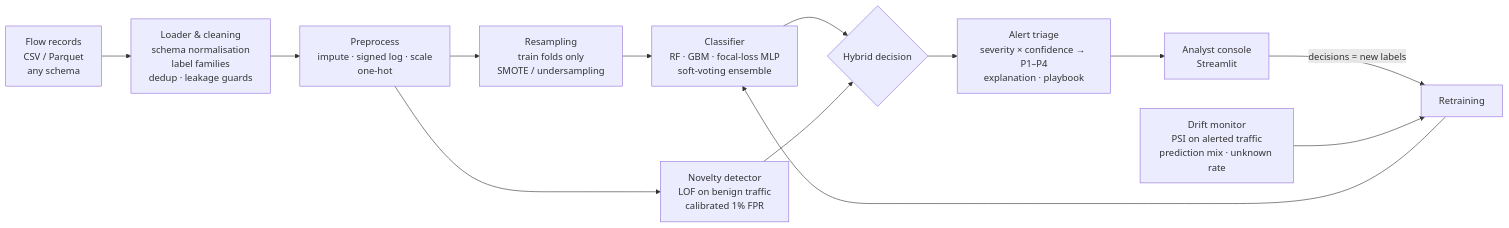
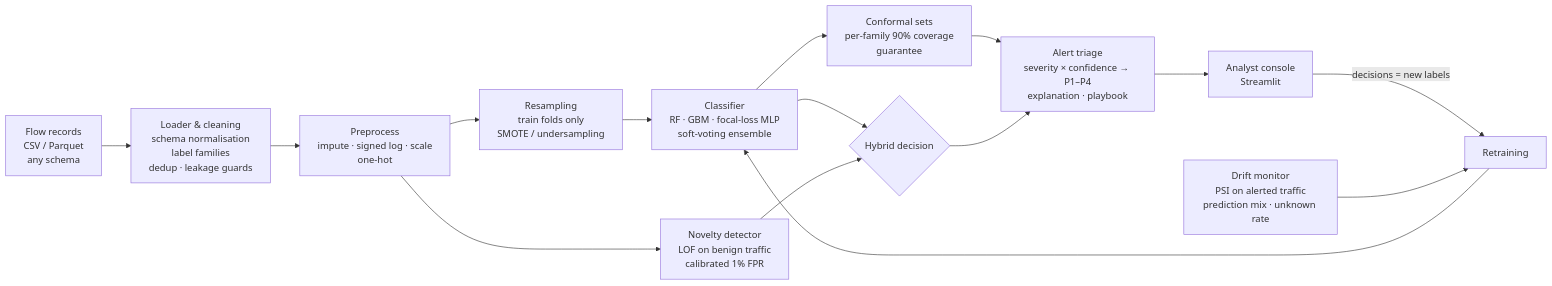
One commit to wpersonxdd/netsentinel-ids changed the first of 2 diagrams in docs/METHODOLOGY.md. Above: the diagram before and after it, drawn with Mermaid. The commit also changed other lines of this file and 98 other files, not shown here.

````diff
--- a/docs/METHODOLOGY.md
+++ b/docs/METHODOLOGY.md
@@ -11,15 +14,17 @@
 ```mermaid
 flowchart LR
     A[Flow records<br/>CSV / Parquet<br/>any schema] --> B[Loader & cleaning<br/>schema normalisation<br/>label families<br/>dedup · leakage guards]
     B --> C[Preprocess<br/>impute · signed log · scale<br/>one-hot]
     C --> D[Resampling<br/>train folds only<br/>SMOTE / undersampling]
     D --> E[Classifier<br/>RF · GBM · focal-loss MLP<br/>soft-voting ensemble]
     C --> F[Novelty detector<br/>LOF on benign traffic<br/>calibrated 1% FPR]
     E --> G{Hybrid decision}
     F --> G
+    E --> CS[Conformal sets<br/>per-family 90% coverage<br/>guarantee]
+    CS --> H
     G --> H[Alert triage<br/>severity × confidence → P1–P4<br/>explanation · playbook]
     H --> I[Analyst console<br/>Streamlit]
     I -- decisions = new labels --> J[Retraining]
     K[Drift monitor<br/>PSI on alerted traffic<br/>prediction mix · unknown rate] --> J
     J --> E
 ```
````
